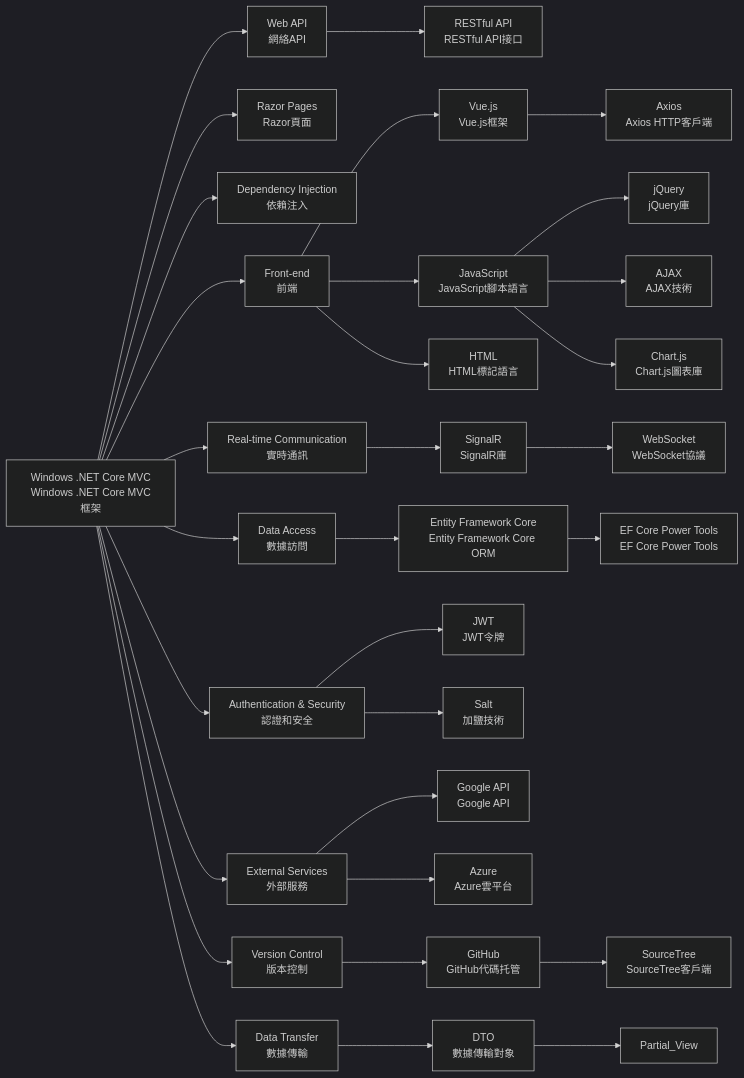
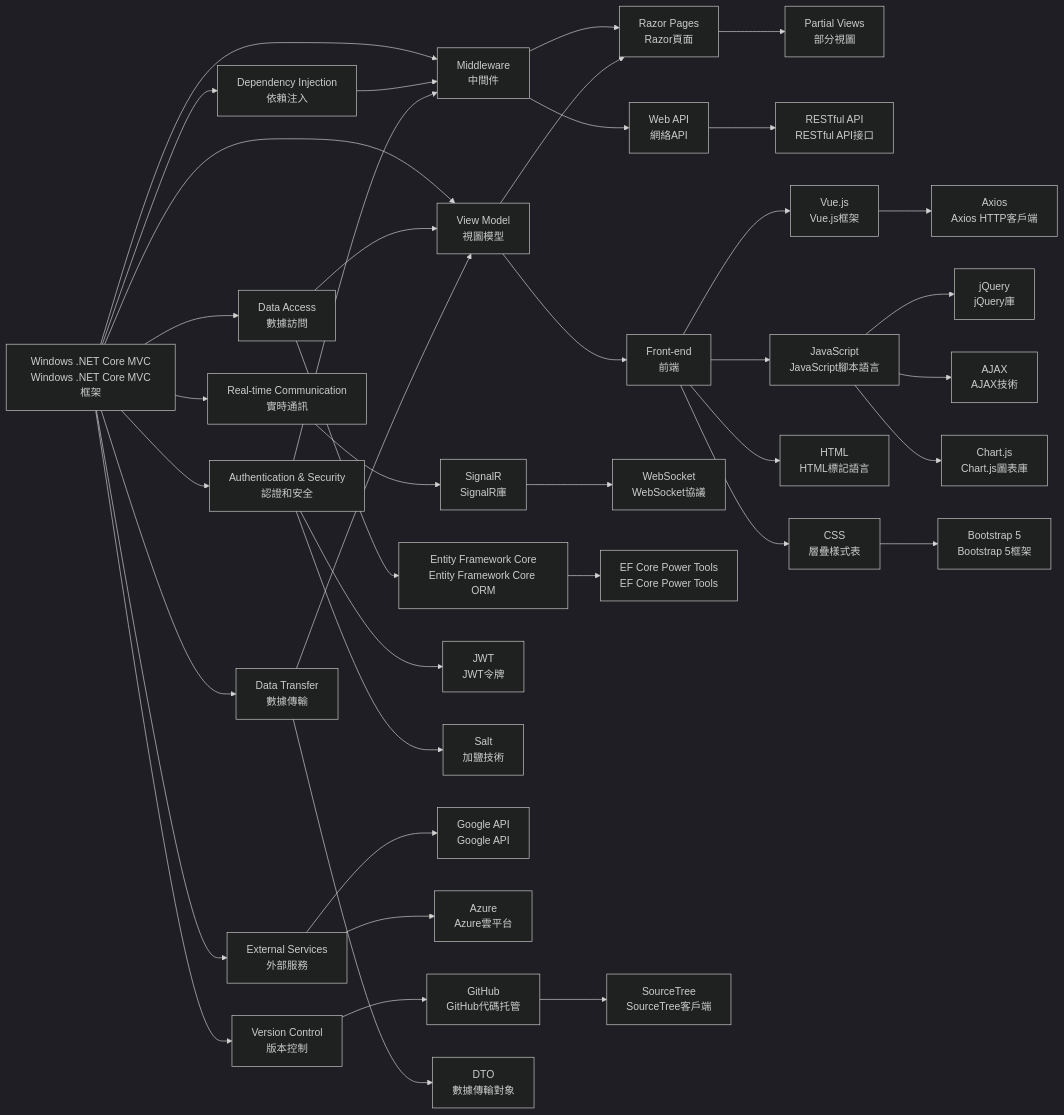
The diagram in HaveFunTest/tech-stack-flowchart.mermaid (Turner-Chang/HaveFun), drawn with Mermaid (dark theme) before and after one commit.

Commit message:
Update tech-stack-flowchart.mermaid
更新技術樹

```diff
--- a/HaveFunTest/tech-stack-flowchart.mermaid
+++ b/HaveFunTest/tech-stack-flowchart.mermaid
@@ -1,39 +1,50 @@
 graph LR
-    A[Windows .NET Core MVC<br>Windows .NET Core MVC框架] --> B[Web API<br>網絡API]
-    A --> C[Razor Pages<br>Razor頁面]
+         A[Windows .NET Core MVC<br>Windows .NET Core MVC框架] --> MW[Middleware<br>中間件]
+    MW --> B[Web API<br>網絡API]
+    MW --> C[Razor Pages<br>Razor頁面]
+    C --> CP[Partial Views<br>部分視圖]
     B --> D[RESTful API<br>RESTful API接口]
     A --> E[Dependency Injection<br>依賴注入]
+    E --> MW
     
-    A --> F[Front-end<br>前端]
+    A --> VM[View Model<br>視圖模型]
+    VM --> C
+    VM --> F[Front-end<br>前端]
+    
     F --> G[Vue.js<br>Vue.js框架]
     F --> H[JavaScript<br>JavaScript腳本語言]
     F --> I[HTML<br>HTML標記語言]
+    F --> CSS[CSS<br>層疊樣式表]
+    CSS --> BS[Bootstrap 5<br>Bootstrap 5框架]
     
     G --> J[Axios<br>Axios HTTP客戶端]
     H --> K[jQuery<br>jQuery庫]
     H --> L[AJAX<br>AJAX技術]
     H --> M[Chart.js<br>Chart.js圖表庫]
     
     A --> N[Real-time Communication<br>實時通訊]
     N --> O[SignalR<br>SignalR庫]
     O --> P[WebSocket<br>WebSocket協議]
     
     A --> Q[Data Access<br>數據訪問]
     Q --> R[Entity Framework Core<br>Entity Framework Core ORM]
     R --> S[EF Core Power Tools<br>EF Core Power Tools]
     
     A --> T[Authentication & Security<br>認證和安全]
     T --> U[JWT<br>JWT令牌]
     T --> V[Salt<br>加鹽技術]
+    T --> MW
     
     A --> W[External Services<br>外部服務]
     W --> X[Google API<br>Google API]
     W --> Y[Azure<br>Azure雲平台]
     
     A --> Z[Version Control<br>版本控制]
     Z --> AA[GitHub<br>GitHub代碼托管]
     AA --> AB[SourceTree<br>SourceTree客戶端]
     
     A --> AC[Data Transfer<br>數據傳輸]
     AC --> AD[DTO<br>數據傳輸對象]
-    AD --> AE[Partial_View]
+    
+    Q --> VM
+    AC --> VM
```
